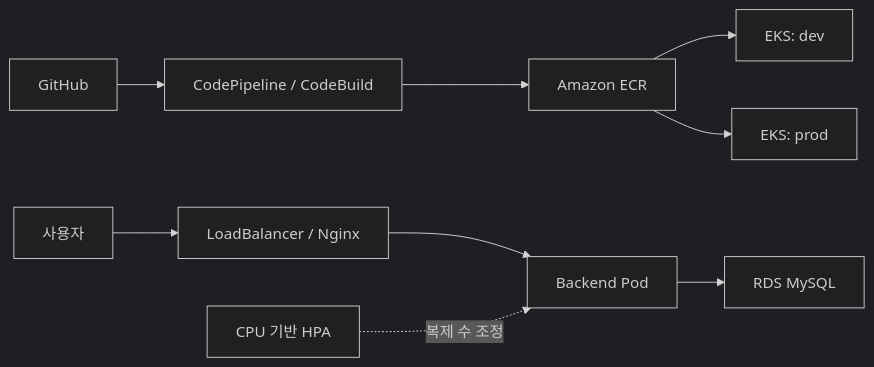
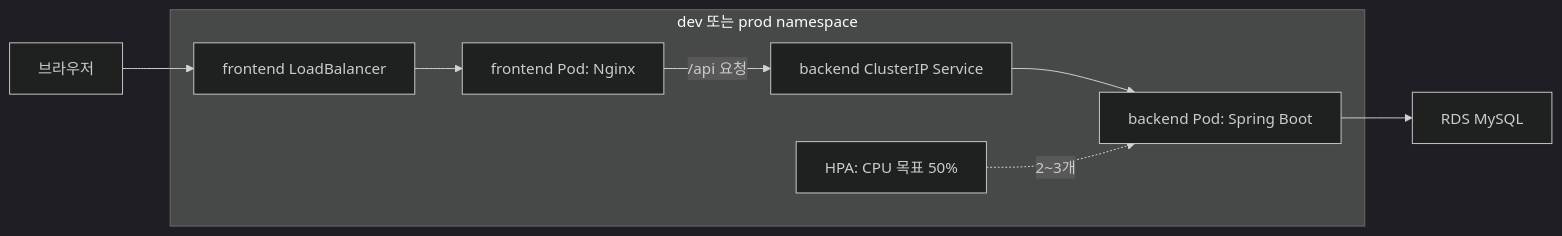
Before and after one commit to owlooo/aws-eks-cicd-book-service: the diagram in README.md, drawn with Mermaid (dark theme). The commit also changed other lines of this file, not shown here.

````diff
--- a/README.md
+++ b/README.md
@@ -34,11 +19,11 @@
 ```mermaid
 flowchart LR
-    Git[GitHub] --> Build[CodePipeline / CodeBuild]
-    Build --> ECR[Amazon ECR]
-    ECR --> Dev[EKS: dev]
-    ECR --> Prod[EKS: prod]
-    User[사용자] --> LB[LoadBalancer / Nginx]
-    LB --> API[Backend Pod]
-    API --> DB[RDS MySQL]
-    HPA[CPU 기반 HPA] -. 복제 수 조정 .-> API
+    User[브라우저] --> LB[frontend LoadBalancer]
+    subgraph Namespace[dev 또는 prod namespace]
+        LB --> Nginx[frontend Pod: Nginx]
+        Nginx -->|/api 요청| Service[backend ClusterIP Service]
+        Service --> Backend[backend Pod: Spring Boot]
+        HPA[HPA: CPU 목표 50%] -. 2~3개 .-> Backend
+    end
+    Backend --> DB[RDS MySQL]
 ```
````
